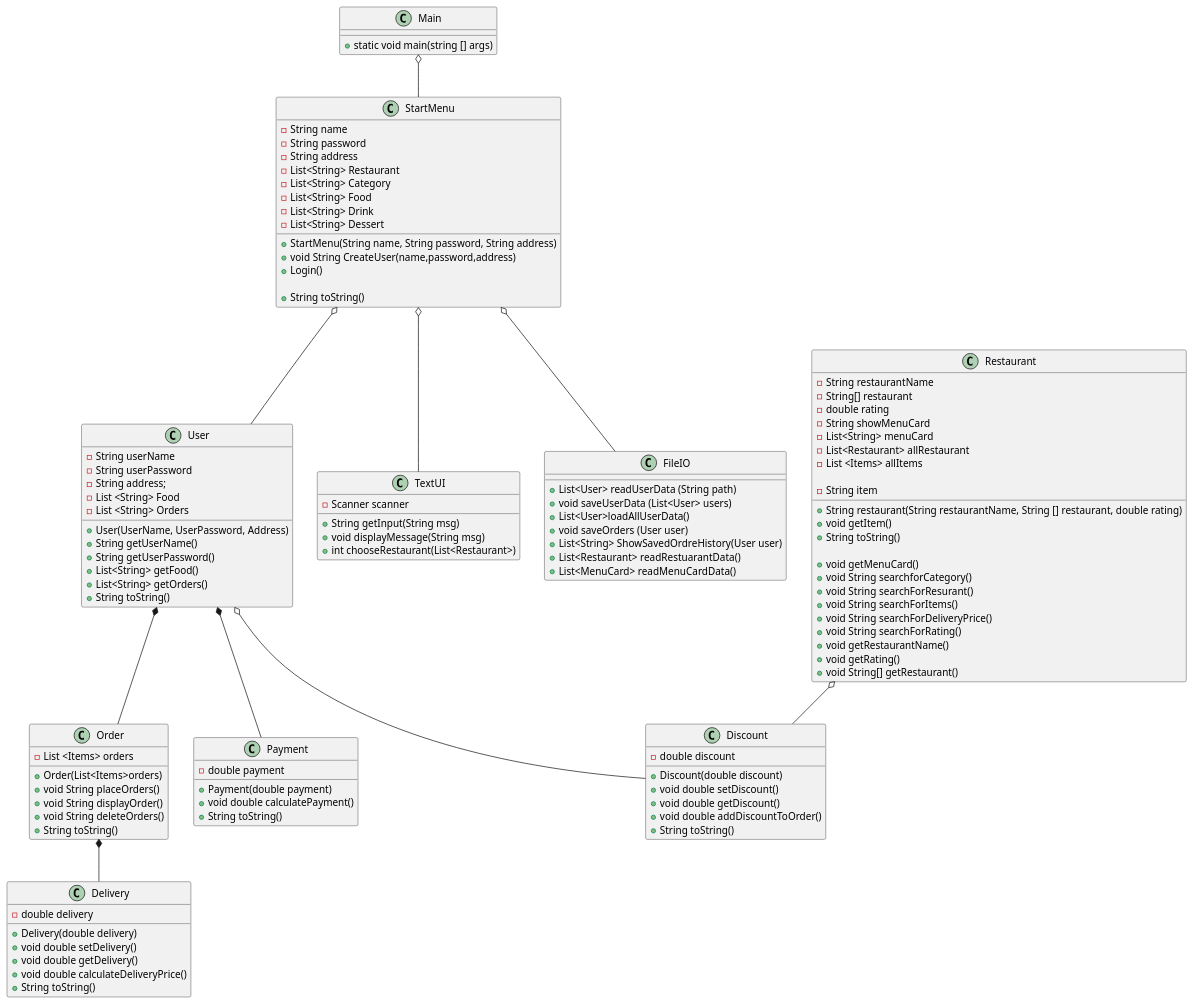
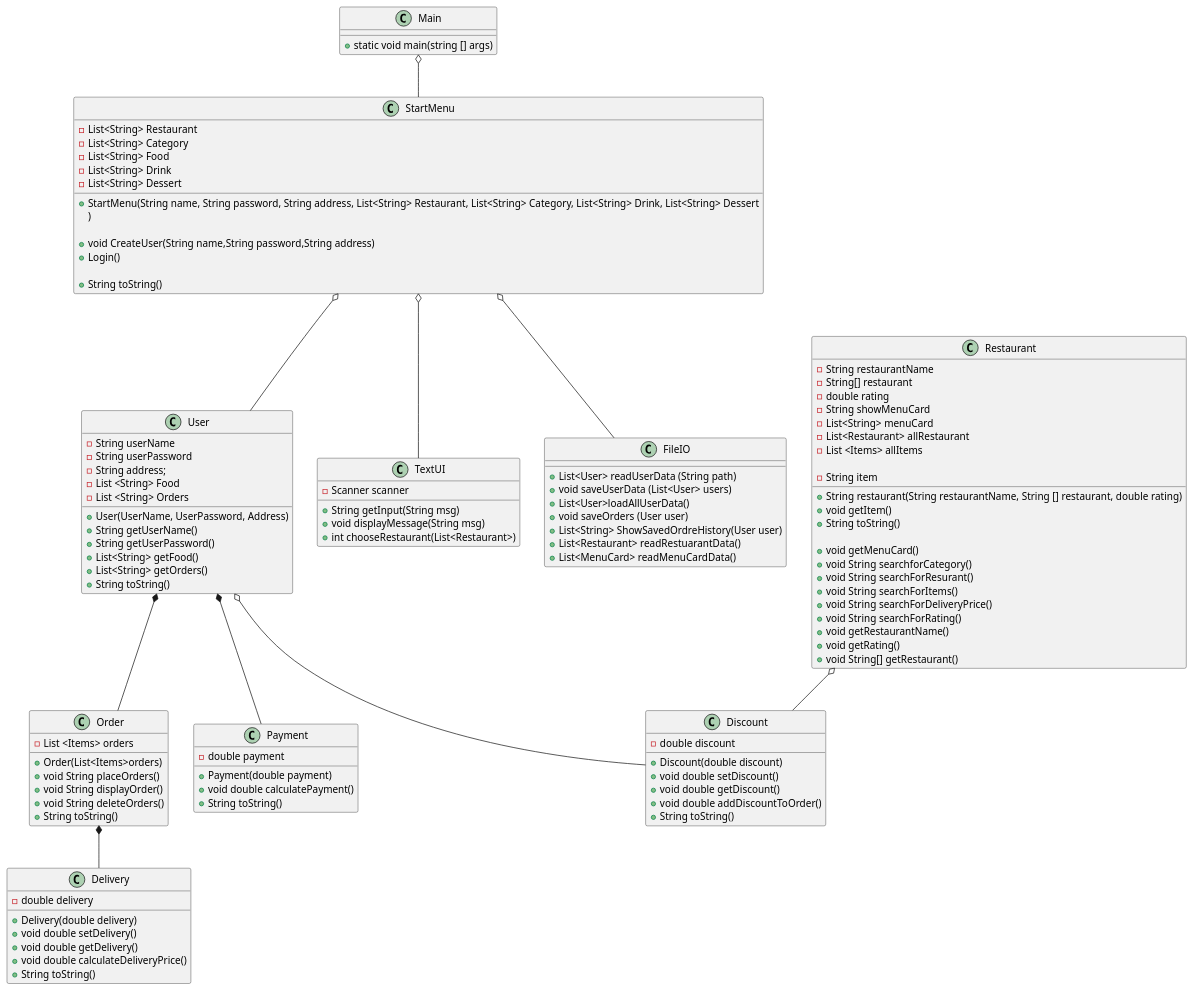
Before and after one commit to Madihakhan1/ICE-2024: the diagram in Doc/ClassDiagram1.1.puml, drawn with PlantUML. The commit also changed 2 other files, not shown here.

```diff
--- a/Doc/ClassDiagram1.1.puml
+++ b/Doc/ClassDiagram1.1.puml
@@ -1,144 +1,144 @@
 @startuml
 'https://plantuml.com/object-diagram
 
 class Main{
 + static void main(string [] args)
 }
 
 class StartMenu{
-- String name
-- String password
-- String address
+
 - List<String> Restaurant
 - List<String> Category
 - List<String> Food
 - List<String> Drink
 - List<String> Dessert
 
-+ StartMenu(String name, String password, String address)
-+ void String CreateUser(name,password,address)
++ StartMenu(String name, String password, String address, List<String> Restaurant, List<String> Category, List<String> Drink, List<String> Dessert
+)
+
++ void CreateUser(String name,String password,String address)
 + Login()
 
 + String toString()
 }
 
 class User{
 - String userName
 - String userPassword
 - String address;
 - List <String> Food
 - List <String> Orders
 
 + User(UserName, UserPassword, Address)
 + String getUserName()
 + String getUserPassword()
 + List<String> getFood()
 + List<String> getOrders()
 + String toString()
 
 }
 
 
 class Order{
 - List <Items> orders
 
 + Order(List<Items>orders)
 + void String placeOrders()
 + void String displayOrder()
 + void String deleteOrders()
 + String toString()
 }
 
 class Delivery {
 - double delivery
 
 + Delivery(double delivery)
 + void double setDelivery()
 + void double getDelivery()
 + void double calculateDeliveryPrice()
 + String toString()
 }
 
 class Discount{
 - double discount
 
 + Discount(double discount)
 + void double setDiscount()
 + void double getDiscount()
 + void double addDiscountToOrder()
 + String toString()
 }
 
 class Payment{
 - double payment
 
 + Payment(double payment)
 + void double calculatePayment()
 + String toString()
 }
 
 
  class Restaurant{
 - String restaurantName
 - String[] restaurant
 - double rating
 - String showMenuCard
 - List<String> menuCard
 -List<Restaurant> allRestaurant
 -List <Items> allItems
 
 - String item
 
 + String restaurant(String restaurantName, String [] restaurant, double rating)
 + void getItem()
 + String toString()
 
 + void getMenuCard()
 + void String searchforCategory()
 + void String searchForResurant()
 + void String searchForItems()
 + void String searchForDeliveryPrice()
 + void String searchForRating()
 + void getRestaurantName()
 + void getRating()
 + void String[] getRestaurant()
 }
 
 
 
 class TextUI{
 - Scanner scanner
 + String getInput(String msg)
 + void displayMessage(String msg)
 + int chooseRestaurant(List<Restaurant>)
 }
 
 class FileIO{
 + List<User> readUserData (String path)
 + void saveUserData (List<User> users)
 + List<User>loadAllUserData()
 + void saveOrders (User user)
 + List<String> ShowSavedOrdreHistory(User user)
 + List<Restaurant> readRestuarantData()
 + List<MenuCard> readMenuCardData()
 }
 
 
 Main o-- StartMenu
 
 StartMenu o-- TextUI
 StartMenu o-- FileIO
 StartMenu o-- User
 
 User *-- Payment
 User *-- Order
 User o-- Discount
 
 Order *-- Delivery
 
 
 Restaurant o-- Discount
 
 
 
 @enduml
```
